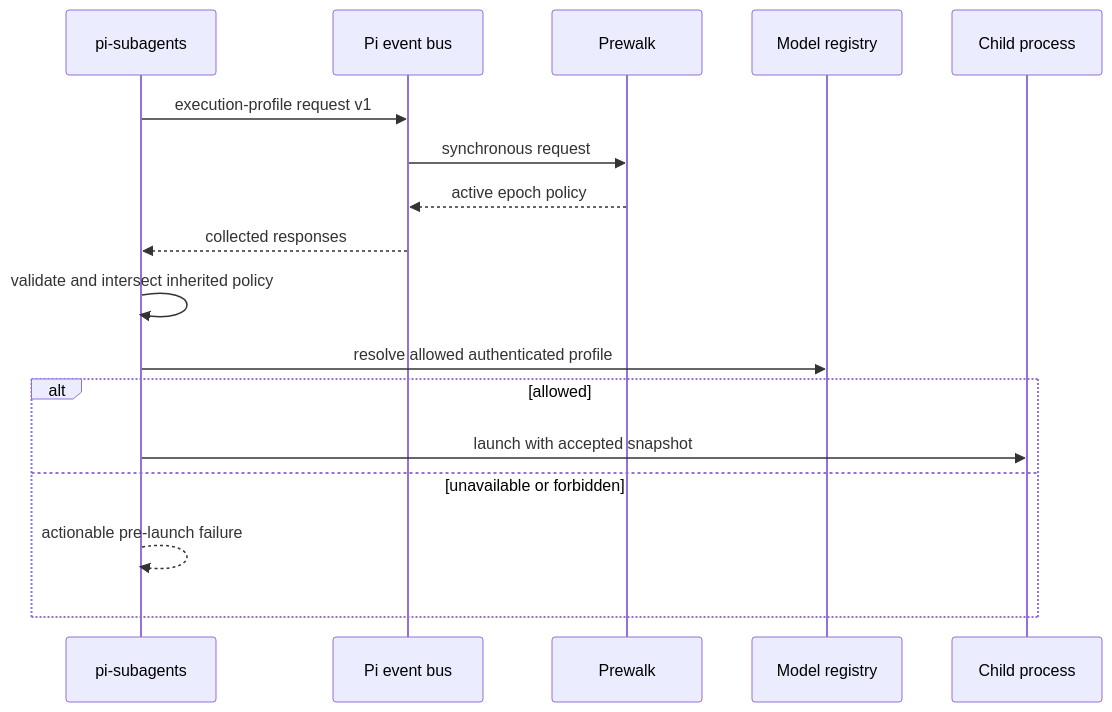
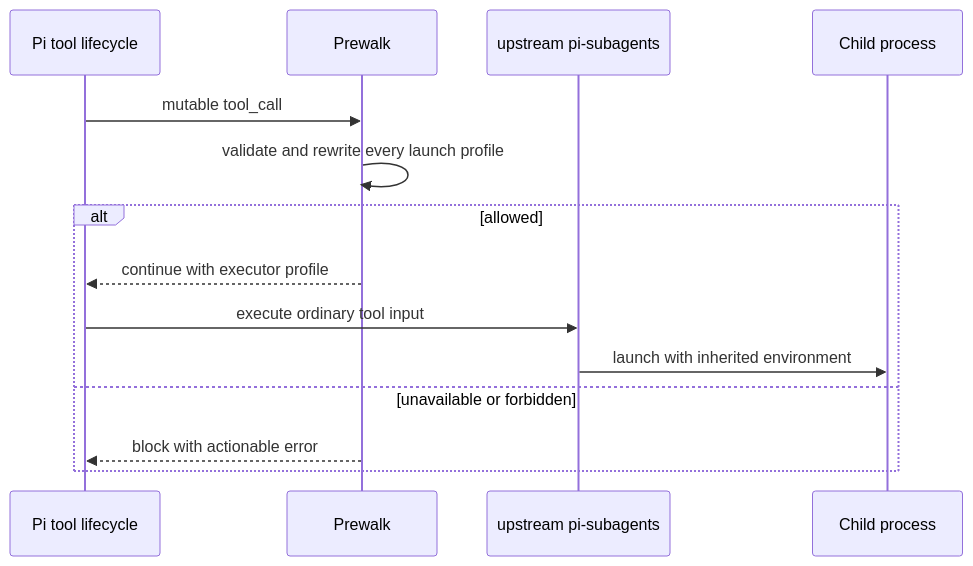
Before and after one commit to javonmcgilberry/pi-prewalk: the second of 3 diagrams in docs/plans/2026-07-30-004-fix-prewalk-policy-analytics-reconciliation-plan.md, drawn with Mermaid. The commit also changed other lines of this file and 15 other files, not shown here.

````diff
--- a/docs/plans/2026-07-30-004-fix-prewalk-policy-analytics-reconciliation-plan.md
+++ b/docs/plans/2026-07-30-004-fix-prewalk-policy-analytics-reconciliation-plan.md
@@ -207,19 +213,16 @@
 ```mermaid
 sequenceDiagram
-  participant PS as pi-subagents
-  participant EB as Pi event bus
+  participant Pi as Pi tool lifecycle
   participant PW as Prewalk
-  participant MR as Model registry
+  participant PS as upstream pi-subagents
   participant CP as Child process
-  PS->>EB: execution-profile request v1
-  EB->>PW: synchronous request
-  PW-->>EB: active epoch policy
-  EB-->>PS: collected responses
-  PS->>PS: validate and intersect inherited policy
-  PS->>MR: resolve allowed authenticated profile
+  Pi->>PW: mutable tool_call
+  PW->>PW: validate and rewrite every launch profile
   alt allowed
-    PS->>CP: launch with accepted snapshot
+    PW-->>Pi: continue with executor profile
+    Pi->>PS: execute ordinary tool input
+    PS->>CP: launch with inherited environment
   else unavailable or forbidden
-    PS-->>PS: actionable pre-launch failure
+    PW-->>Pi: block with actionable error
   end
 ```
````
